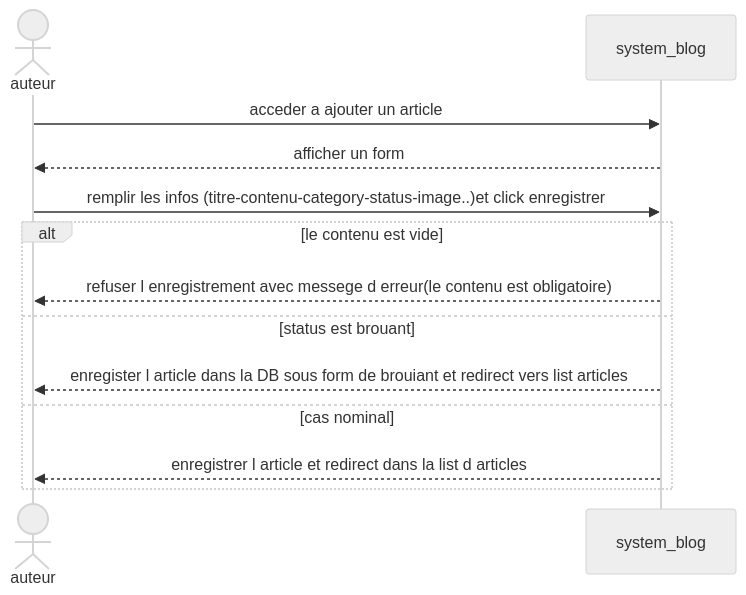
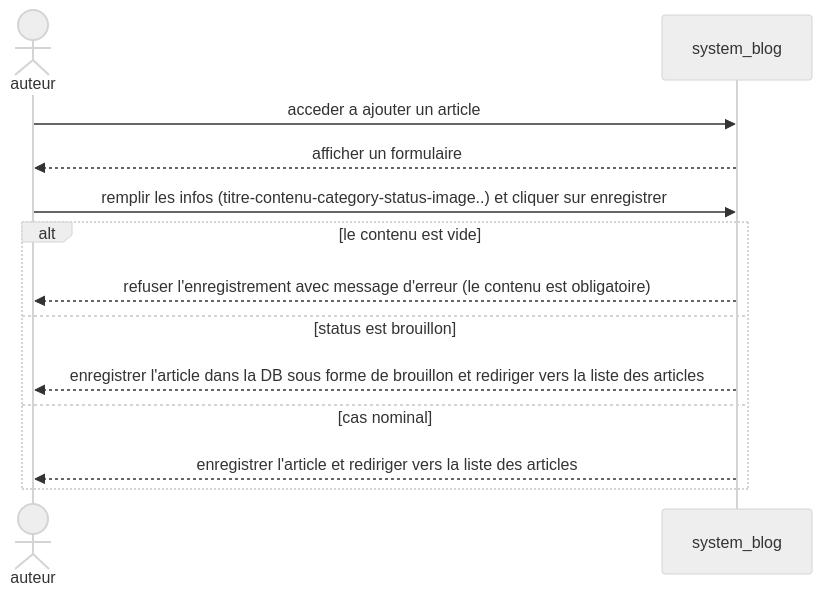
One commit to oumaima-mahfoud-mobile-dev-solicode/Mobile__tutos changed the diagram in Formaliser_une_fonctionnalité/4-Compléter et vérifier la fonctionnalité/senario_exeptions.mmd. Above: the diagram before and after it, drawn with Mermaid (neutral theme).

Commit message:
chapitre 4

```diff
--- a/Formaliser_une_fonctionnalité/4-Compléter et vérifier la fonctionnalité/senario_exeptions.mmd
+++ b/Formaliser_une_fonctionnalité/4-Compléter et vérifier la fonctionnalité/senario_exeptions.mmd
@@ -1,13 +1,18 @@
 sequenceDiagram
-    actor  auteur
+    actor auteur
     participant system_blog
-    auteur->>system_blog: acceder a  ajouter un article
-    system_blog-->>auteur: afficher un form
-    auteur->>system_blog: remplir les infos (titre-contenu-category-status-image..)et click enregistrer
+
+    auteur->>system_blog: acceder a ajouter un article
+    system_blog-->>auteur: afficher un formulaire
+
+    auteur->>system_blog: remplir les infos (titre-contenu-category-status-image..) et cliquer sur enregistrer
+
     alt le contenu est vide
-        system_blog-->>auteur: refuser l enregistrement avec messege d erreur(le contenu est obligatoire)
-    else status est brouant
-        system_blog-->>auteur: enregister l article dans la DB sous form de brouiant et redirect vers list articles
+        system_blog-->>auteur: refuser l'enregistrement avec message d'erreur (le contenu est obligatoire)
+
+    else status est brouillon
+        system_blog-->>auteur: enregistrer l'article dans la DB sous forme de brouillon et rediriger vers la liste des articles
+
     else cas nominal
-    system_blog-->>auteur: enregistrer l article et redirect dans la list d articles
+        system_blog-->>auteur: enregistrer l'article et rediriger vers la liste des articles
     end
```
